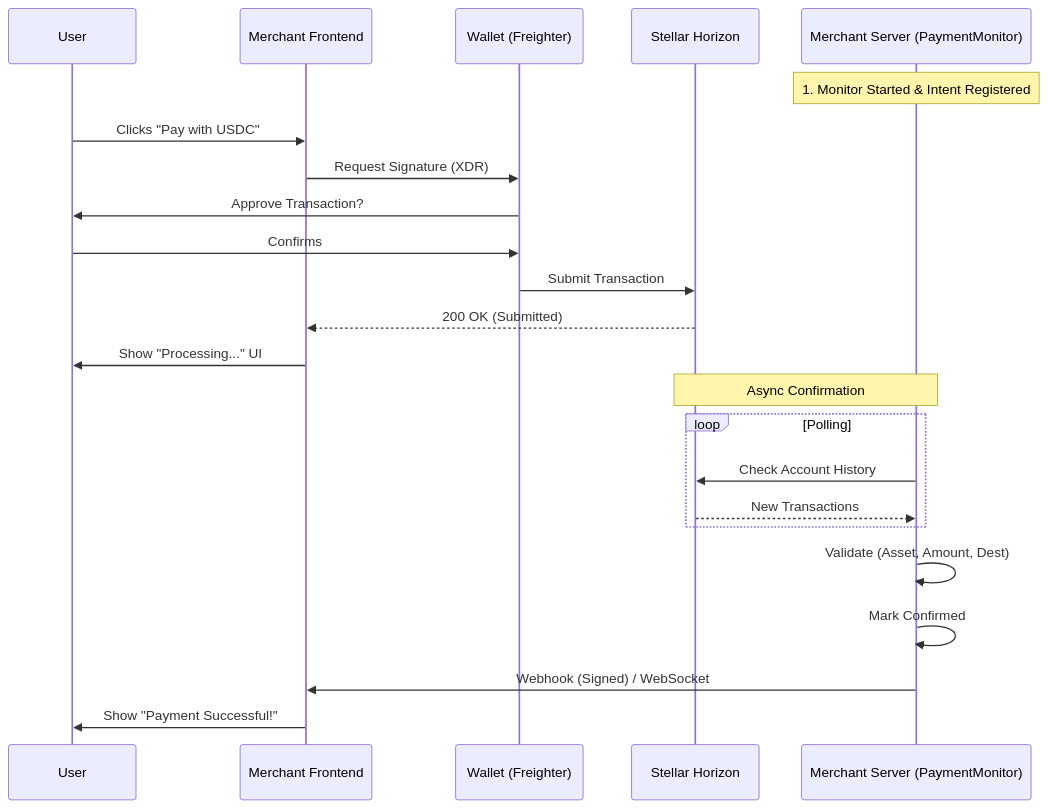
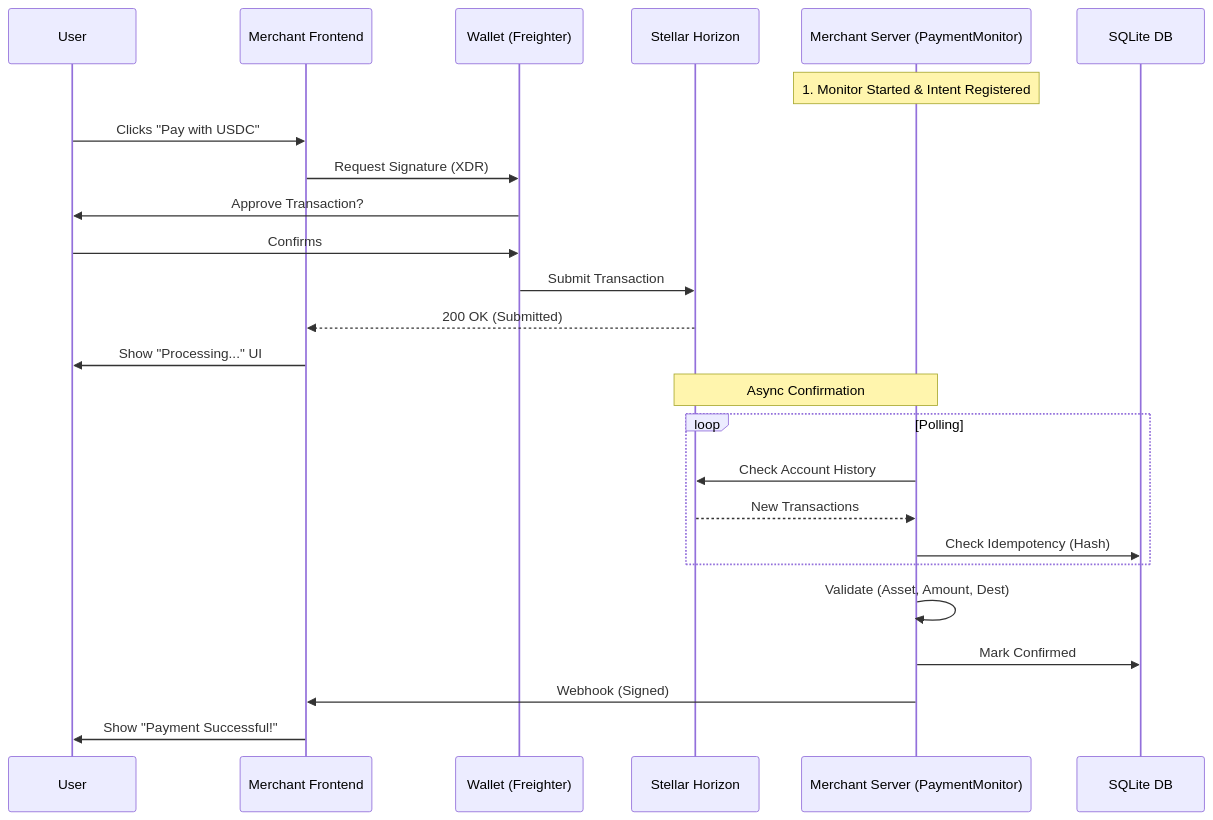
One commit to ZacksonPessoa/USDC-Payments-SDK-for-Stellar-Web-Mobile- changed the second of 2 diagrams in docs/architecture.md. Above: the diagram before and after it, drawn with Mermaid. The commit also changed other lines of this file and 7 other files, not shown here.

Commit message:
Update docs to v0.2.0-mvp: clarify flows, persistence, and security

````diff
--- a/docs/architecture.md
+++ b/docs/architecture.md
@@ -57,30 +59,32 @@
 ```mermaid
 sequenceDiagram
     participant U as User
     participant M as Merchant Frontend
     participant W as Wallet (Freighter)
     participant H as Stellar Horizon
     participant S as Merchant Server (PaymentMonitor)
+    participant DB as SQLite DB
 
     Note over S: 1. Monitor Started & Intent Registered
 
     U->>M: Clicks "Pay with USDC"
     M->>W: Request Signature (XDR)
     W->>U: Approve Transaction?
     U->>W: Confirms
     W->>H: Submit Transaction
     H-->>M: 200 OK (Submitted)
     M->>U: Show "Processing..." UI
 
     Note over H,S: Async Confirmation
 
     loop Polling
         S->>H: Check Account History
         H-->>S: New Transactions
+        S->>DB: Check Idempotency (Hash)
     end
 
     S->>S: Validate (Asset, Amount, Dest)
-    S->>S: Mark Confirmed
-    S->>M: Webhook (Signed) / WebSocket
+    S->>DB: Mark Confirmed
+    S->>M: Webhook (Signed)
     M->>U: Show "Payment Successful!"
 ```
````
